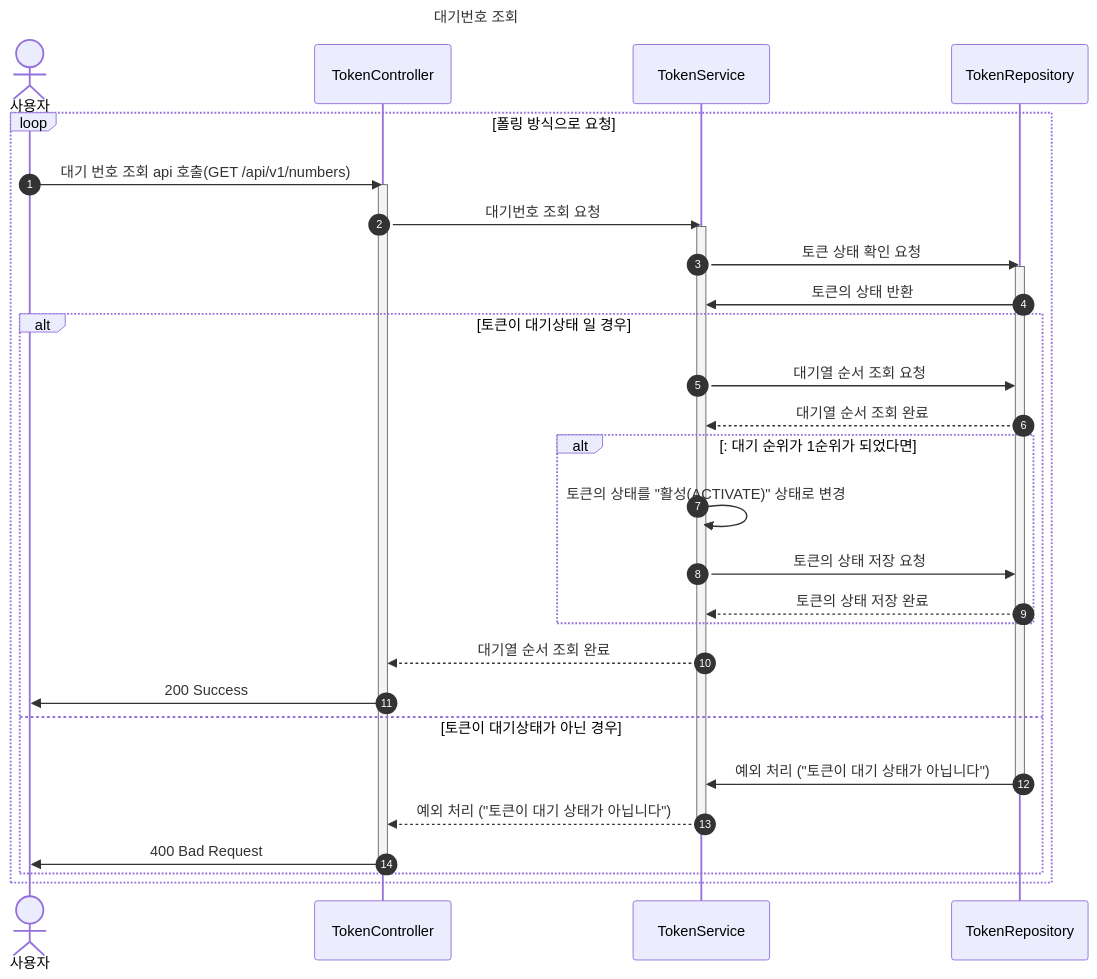
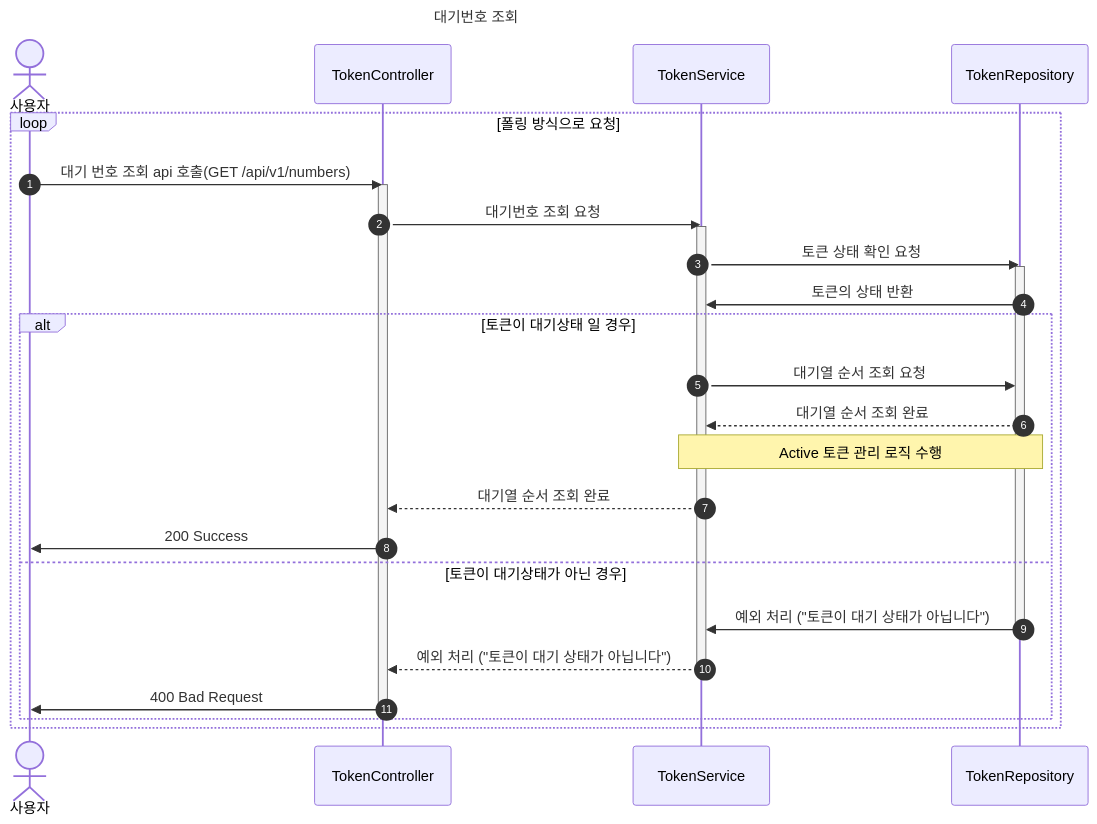
One commit to CUCU7103/hhplus-server-java changed the second of 12 diagrams in docs/시퀀스다이어그램.md. Above: the diagram before and after it, drawn with Mermaid. The commit also changed other lines of this file, not shown here.

First line of the commit message:
[Fix] 시퀀스 다이어그램 수정

````diff
--- a/docs/시퀀스다이어그램.md
+++ b/docs/시퀀스다이어그램.md
@@ -84,38 +82,34 @@
 ```mermaid
 sequenceDiagram
     title 대기번호 조회
     autonumber
     actor 사용자
     participant API as TokenController
     participant Service as TokenService
     participant TR as TokenRepository
 
     loop 폴링 방식으로 요청
         사용자 ->> API: 대기 번호 조회 api 호출(GET /api/v1/numbers)
         activate API
         API ->> Service: 대기번호 조회 요청
         activate Service
     %% Service ->> FQ : 대기열 순서 조회 요청
         Service ->> TR: 토큰 상태 확인 요청
         activate TR
         TR ->> Service: 토큰의 상태 반환
         alt 토큰이 대기상태 일 경우
             Service ->> TR: 대기열 순서 조회 요청
             TR -->> Service: 대기열 순서 조회 완료
-            alt : 대기 순위가 1순위가 되었다면
-                Service ->> Service: 토큰의 상태를 "활성(ACTIVATE)" 상태로 변경
-                Service ->> TR: 토큰의 상태 저장 요청
-                TR -->> Service: 토큰의 상태 저장 완료
-            end
+            Note over Service, TR: Active 토큰 관리 로직 수행
             Service -->> API: 대기열 순서 조회 완료
             API ->> 사용자: 200 Success
         else 토큰이 대기상태가 아닌 경우
             TR ->> Service: 예외 처리 ("토큰이 대기 상태가 아닙니다")
             deactivate TR
             Service -->> API: 예외 처리 ("토큰이 대기 상태가 아닙니다")
             deactivate Service
             API ->> 사용자: 400 Bad Request
             deactivate API
         end
     end
 ```
````
